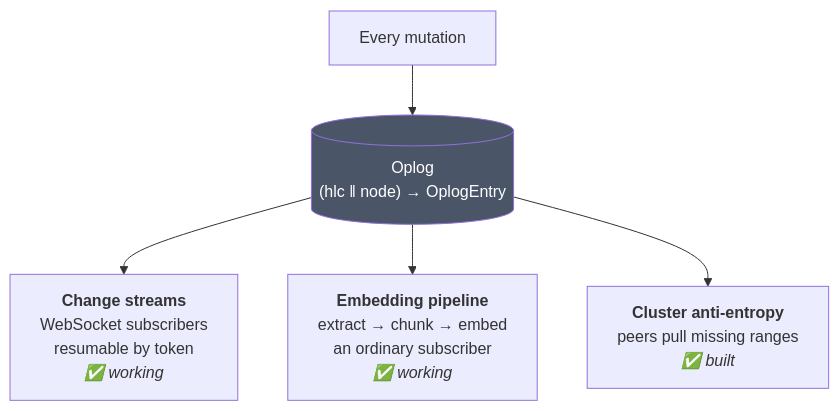
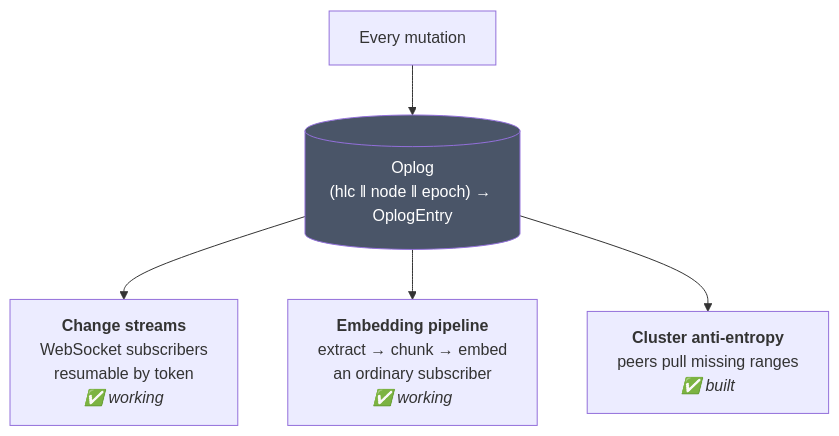
One commit to titusai-io/kimmydb changed the first of 2 diagrams in docs/oplog.md. Above: the diagram before and after it, drawn with Mermaid. The commit also changed other lines of this file and 9 other files, not shown here.

First line of the commit message:
Docs and changelog for epochs: stamp and token forms, schema 8 and protocol 3, ADR-273

````diff
--- a/docs/oplog.md
+++ b/docs/oplog.md
@@ -36,10 +36,10 @@
 ```mermaid
 graph TB
-    W["Every mutation"] --> O[("Oplog<br/>(hlc ‖ node) → OplogEntry")]
+    W["Every mutation"] --> O[("Oplog<br/>(hlc ‖ node ‖ epoch) → OplogEntry")]
 
     O --> C1["<b>Change streams</b><br/>WebSocket subscribers<br/>resumable by token<br/><i>✅ working</i>"]
     O --> C2["<b>Embedding pipeline</b><br/>extract → chunk → embed<br/>an ordinary subscriber<br/><i>✅ working</i>"]
     O --> C3["<b>Cluster anti-entropy</b><br/>peers pull missing ranges<br/><i>✅ built</i>"]
 
     style O fill:#4a5568,color:#fff
 ```
````
